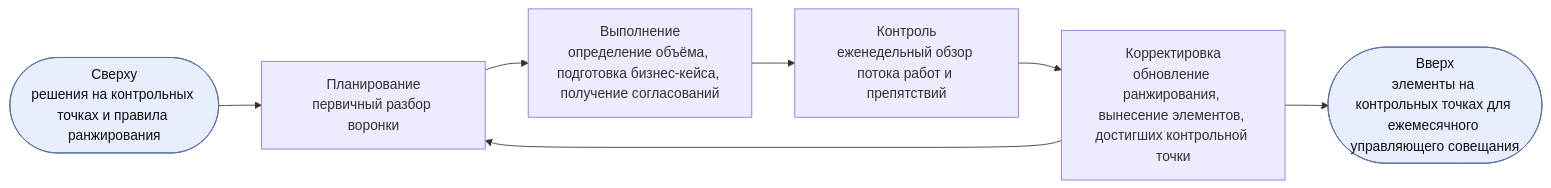
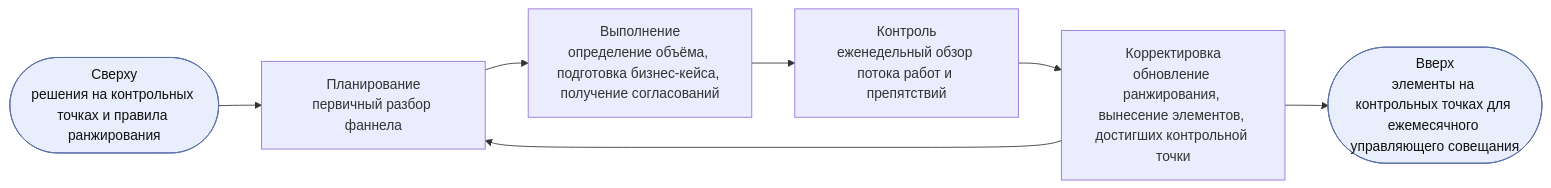
The fourth of 8 diagrams in charter/ru/documents/portfolio-management-model.md (devhogu/ob-aicc), drawn with Mermaid before and after one commit. The commit also changed other lines of this file and 96 other files, not shown here.

````diff
--- a/charter/ru/documents/portfolio-management-model.md
+++ b/charter/ru/documents/portfolio-management-model.md
@@ -114,7 +114,7 @@
 ```mermaid
 flowchart LR
   IN(["Сверху<br/>решения на контрольных точках и правила ранжирования"]):::iface --> P
-  P["Планирование<br/>первичный разбор воронки"] --> D["Выполнение<br/>определение объёма, подготовка бизнес-кейса, получение согласований"] --> C["Контроль<br/>еженедельный обзор потока работ и препятствий"] --> A["Корректировка<br/>обновление ранжирования, вынесение элементов, достигших контрольной точки"] --> P
+  P["Планирование<br/>первичный разбор фаннела"] --> D["Выполнение<br/>определение объёма, подготовка бизнес-кейса, получение согласований"] --> C["Контроль<br/>еженедельный обзор потока работ и препятствий"] --> A["Корректировка<br/>обновление ранжирования, вынесение элементов, достигших контрольной точки"] --> P
   A --> UP(["Вверх<br/>элементы на контрольных точках для ежемесячного управляющего совещания"]):::iface
   classDef iface fill:#e8eefc,stroke:#5a6fa8,color:#111
 ```
````
